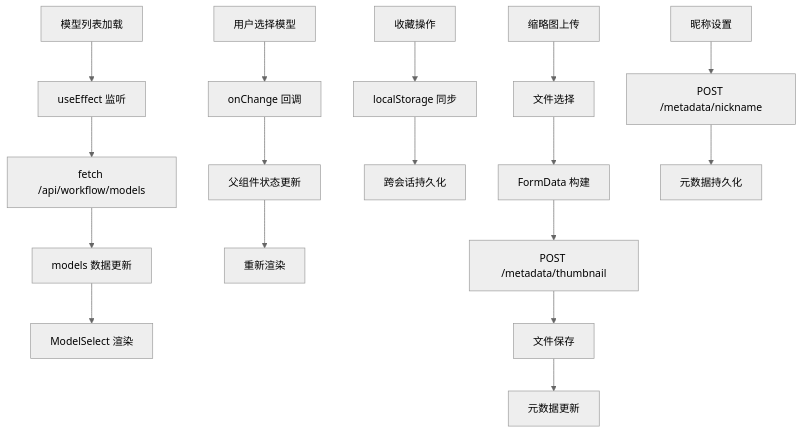
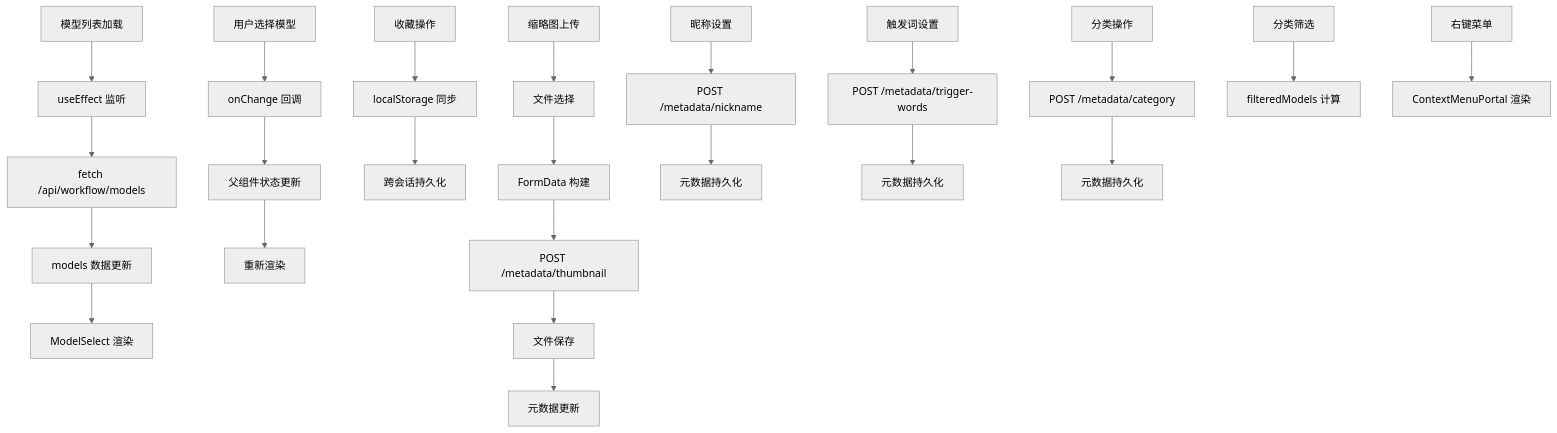
One commit to billye220670/CorineKit_Pix2Real changed the fourth of 5 diagrams in .qoder/repowiki/zh/content/Model Select Component.md. Above: the diagram before and after it, drawn with Mermaid (neutral theme). The commit also changed other lines of this file and 11 other files, not shown here.

````diff
--- a/.qoder/repowiki/zh/content/Model Select Component.md
+++ b/.qoder/repowiki/zh/content/Model Select Component.md
@@ -186,19 +238,25 @@
 ```mermaid
 flowchart TD
 A[模型列表加载] --> B[useEffect 监听]
 B --> C[fetch /api/workflow/models]
 C --> D[models 数据更新]
 D --> E[ModelSelect 渲染]
 F[用户选择模型] --> G[onChange 回调]
 G --> H[父组件状态更新]
 H --> I[重新渲染]
 J[收藏操作] --> K[localStorage 同步]
 K --> L[跨会话持久化]
 M[缩略图上传] --> N[文件选择]
 N --> O[FormData 构建]
 O --> P[POST /metadata/thumbnail]
 P --> Q[文件保存]
 Q --> R[元数据更新]
 S[昵称设置] --> T[POST /metadata/nickname]
 T --> U[元数据持久化]
+V[触发词设置] --> W[POST /metadata/trigger-words]
+W --> X[元数据持久化]
+Y[分类操作] --> Z[POST /metadata/category]
+Z --> AA[元数据持久化]
+BB[分类筛选] --> CC[filteredModels 计算]
+DD[右键菜单] --> EE[ContextMenuPortal 渲染]
 ```
````
